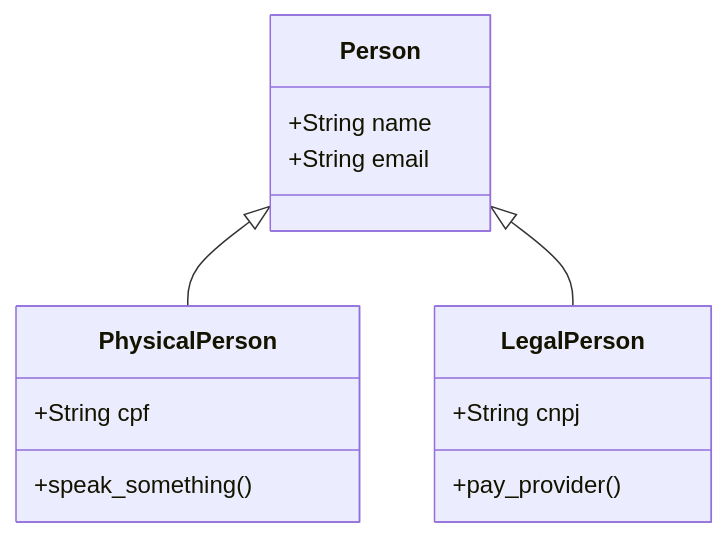
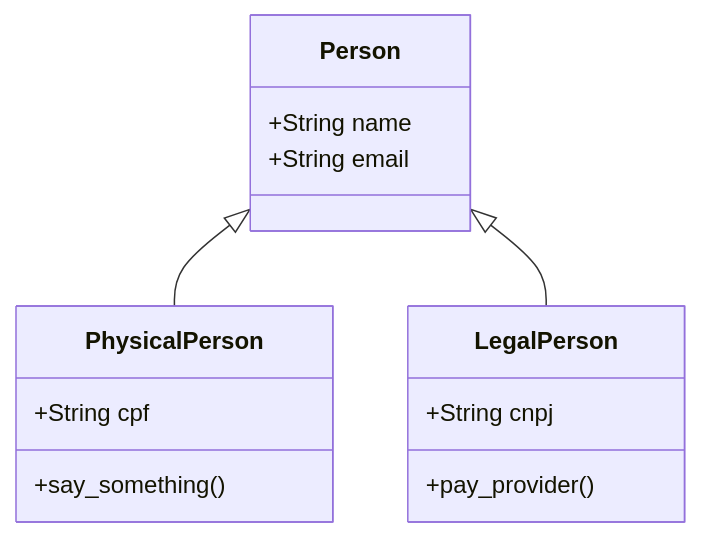
The diagram in README.md (henrique-souza/RubyOnRails_exercises), drawn with Mermaid before and after one commit. The commit also changed 1 other file, not shown here.

Commit message:
update course

````diff
--- a/README.md
+++ b/README.md
@@ -17,16 +17,16 @@
 ```mermaid
 classDiagram
     Person <|-- PhysicalPerson
     Person <|-- LegalPerson
     Person : +String name
     Person : +String email
     
     class PhysicalPerson{
         +String cpf
-        +speak_something()
+        +say_something()
     }
     class LegalPerson{
         +String cnpj
         +pay_provider()
     }
 ```
````
